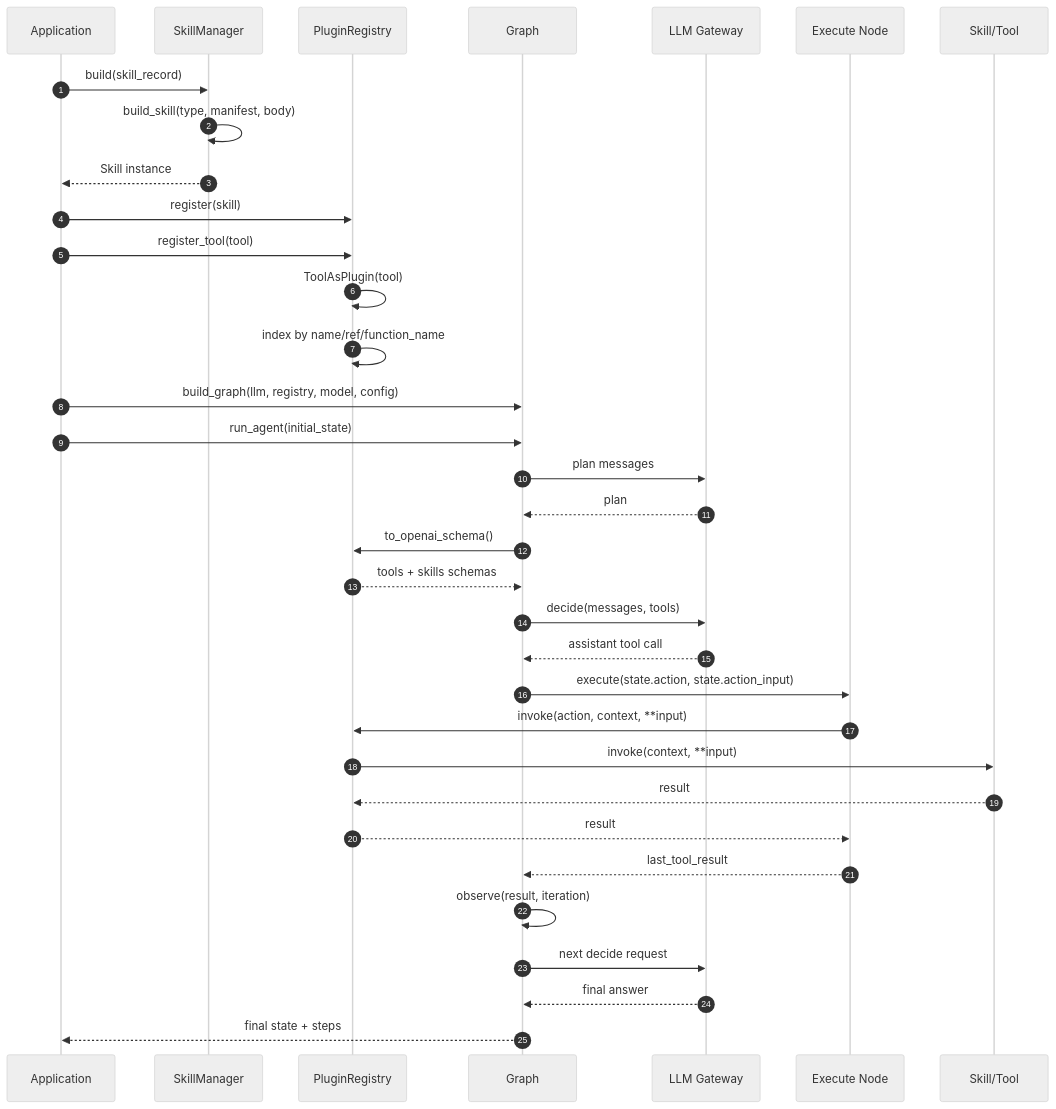
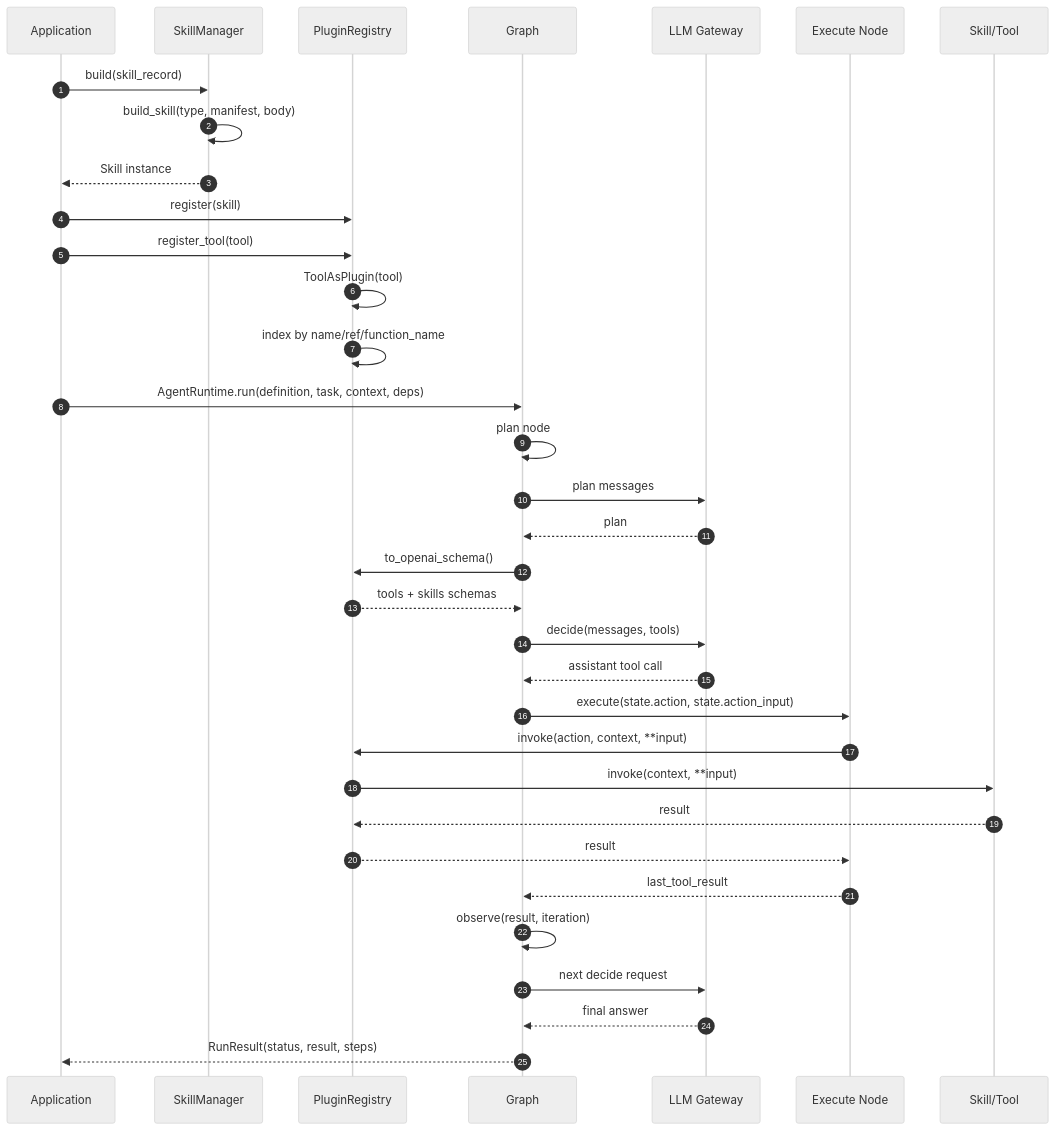
Before and after one commit to kaixumvp/mainspring: the second of 3 diagrams in documentation/plugins-tools-skills-uml.md, drawn with Mermaid (neutral theme). The commit also changed other lines of this file and 95 other files, not shown here.

````diff
--- a/documentation/plugins-tools-skills-uml.md
+++ b/documentation/plugins-tools-skills-uml.md
@@ -161,38 +163,38 @@
 ```mermaid
 sequenceDiagram
     autonumber
     participant App as Application
     participant SM as SkillManager
     participant R as PluginRegistry
     participant G as Graph
     participant LLM as LLM Gateway
     participant E as Execute Node
     participant S as Skill/Tool
 
     App->>SM: build(skill_record)
     SM->>SM: build_skill(type, manifest, body)
     SM-->>App: Skill instance
     App->>R: register(skill)
     App->>R: register_tool(tool)
     R->>R: ToolAsPlugin(tool)
     R->>R: index by name/ref/function_name
 
-    App->>G: build_graph(llm, registry, model, config)
-    App->>G: run_agent(initial_state)
+    App->>G: AgentRuntime.run(definition, task, context, deps)
+    G->>G: plan node
     G->>LLM: plan messages
     LLM-->>G: plan
     G->>R: to_openai_schema()
     R-->>G: tools + skills schemas
     G->>LLM: decide(messages, tools)
     LLM-->>G: assistant tool call
     G->>E: execute(state.action, state.action_input)
     E->>R: invoke(action, context, **input)
     R->>S: invoke(context, **input)
     S-->>R: result
     R-->>E: result
     E-->>G: last_tool_result
     G->>G: observe(result, iteration)
     G->>LLM: next decide request
     LLM-->>G: final answer
-    G-->>App: final state + steps
+    G-->>App: RunResult(status, result, steps)
 ```
````
